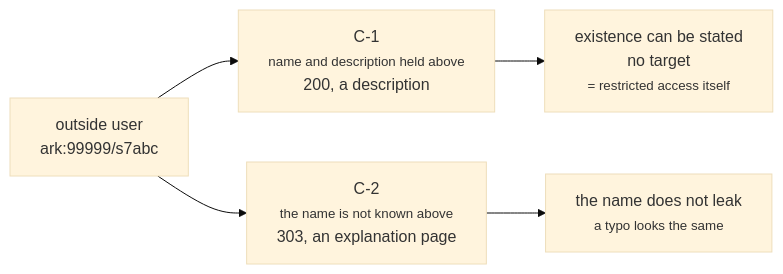
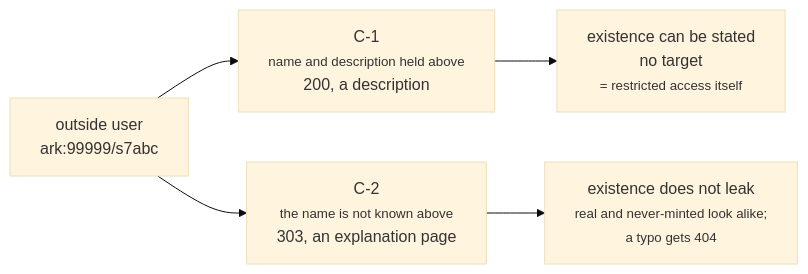
One commit to RCOSDP/arkhe changed the tenth of 14 diagrams in docs/guides/federation.md. Above: the diagram before and after it, drawn with Mermaid (base theme). The commit also changed other lines of this file and 5 other files, not shown here.

````diff
--- a/docs/guides/federation.md
+++ b/docs/guides/federation.md
@@ -323,7 +329,7 @@
 ```mermaid
 flowchart LR
     U["outside user<br/>ark:99999/s7abc"] --> C1["C-1<br/><small>name and description held above</small><br/>200, a description"]
     U --> C2["C-2<br/><small>the name is not known above</small><br/>303, an explanation page"]
     C1 --> R1["existence can be stated<br/>no target<br/><small>= restricted access itself</small>"]
-    C2 --> R2["the name does not leak<br/><small>a typo looks the same</small>"]
+    C2 --> R2["existence does not leak<br/><small>real and never-minted look alike;<br/>a typo gets 404</small>"]
 ```
````
